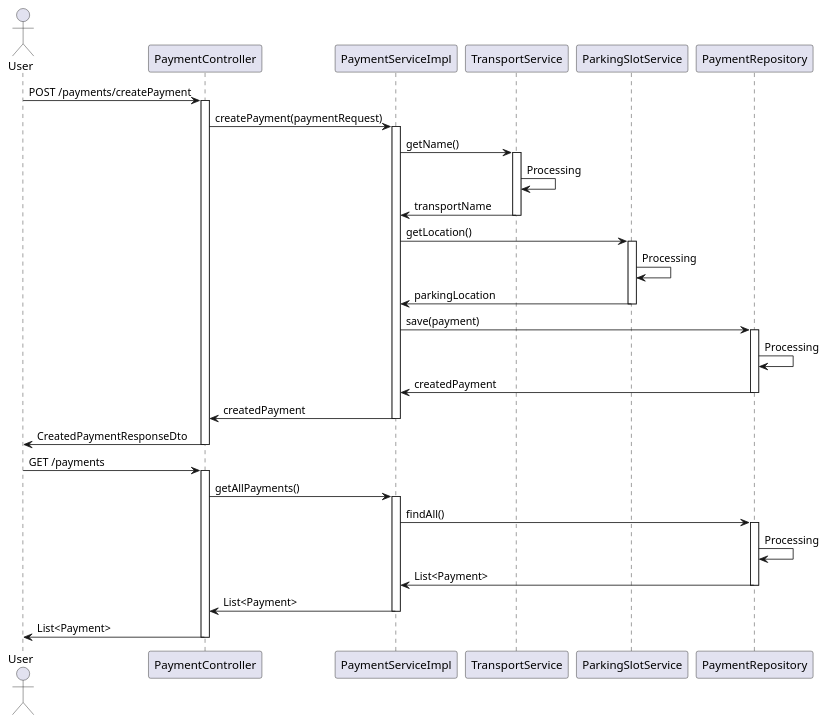
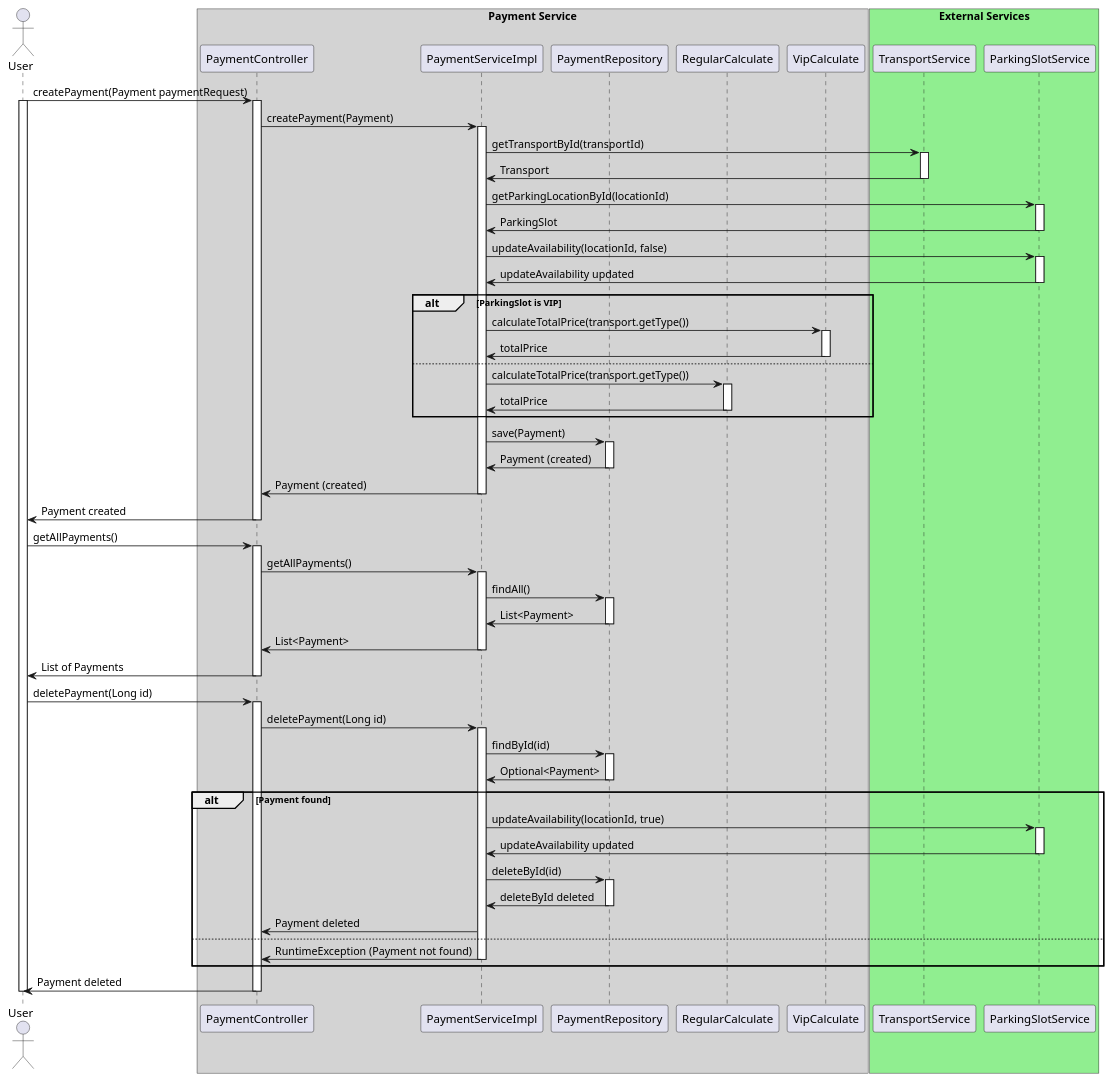
The diagram in payment-service/payment-uml/paymentservice-uml.puml (Bray-A/ParkingSlotPayment-ManagementService), drawn with PlantUML before and after one commit. The commit also changed 21 other files, not shown here.

```diff
--- a/payment-service/payment-uml/paymentservice-uml.puml
+++ b/payment-service/payment-uml/paymentservice-uml.puml
@@ -1,52 +1,110 @@
 @startuml
-actor User as U
+actor User
 
-U -> PaymentController : POST /payments/createPayment
-activate PaymentController
+box "Payment Service" #D3D3D3
+    participant "PaymentController" as Controller
+    participant "PaymentServiceImpl" as PaymentService
+    participant "PaymentRepository" as PaymentRepository
+    participant "RegularCalculate" as RegularCalculate
+    participant "VipCalculate" as VipCalculate
+end box
 
-PaymentController -> PaymentServiceImpl : createPayment(paymentRequest)
-activate PaymentServiceImpl
+box "External Services" #90EE90
+    participant "TransportService" as TransportService
+    participant "ParkingSlotService" as ParkingSlotService
+end box
 
-PaymentServiceImpl -> TransportService : getName()
+User -> Controller: createPayment(Payment paymentRequest)
+activate User
+activate Controller
+Controller -> PaymentService: createPayment(Payment)
+activate PaymentService
+
+PaymentService -> TransportService: getTransportById(transportId)
 activate TransportService
-TransportService -> TransportService : Processing
-TransportService -> PaymentServiceImpl : transportName
+TransportService -> PaymentService: Transport
 deactivate TransportService
 
-PaymentServiceImpl -> ParkingSlotService : getLocation()
+PaymentService -> ParkingSlotService: getParkingLocationById(locationId)
 activate ParkingSlotService
-ParkingSlotService -> ParkingSlotService : Processing
-ParkingSlotService -> PaymentServiceImpl : parkingLocation
+ParkingSlotService -> PaymentService: ParkingSlot
 deactivate ParkingSlotService
 
-PaymentServiceImpl -> PaymentRepository : save(payment)
+PaymentService -> ParkingSlotService: updateAvailability(locationId, false)
+activate ParkingSlotService
+ParkingSlotService -> PaymentService: updateAvailability updated
+
+deactivate ParkingSlotService
+
+alt ParkingSlot is VIP
+    PaymentService -> VipCalculate: calculateTotalPrice(transport.getType())
+    activate VipCalculate
+    VipCalculate -> PaymentService: totalPrice
+    deactivate VipCalculate
+else
+    PaymentService -> RegularCalculate: calculateTotalPrice(transport.getType())
+    activate RegularCalculate
+    RegularCalculate -> PaymentService: totalPrice
+    deactivate RegularCalculate
+end
+
+PaymentService -> PaymentRepository: save(Payment)
 activate PaymentRepository
-PaymentRepository -> PaymentRepository : Processing
-PaymentRepository -> PaymentServiceImpl : createdPayment
+PaymentRepository -> PaymentService: Payment (created)
 deactivate PaymentRepository
 
-PaymentServiceImpl -> PaymentController : createdPayment
-deactivate PaymentServiceImpl
+PaymentService -> Controller: Payment (created)
+deactivate PaymentService
 
-PaymentController -> U : CreatedPaymentResponseDto
-deactivate PaymentController
+Controller -> User: Payment created
+deactivate Controller
 
-U -> PaymentController : GET /payments
-activate PaymentController
 
-PaymentController -> PaymentServiceImpl : getAllPayments()
-activate PaymentServiceImpl
+User -> Controller: getAllPayments()
+activate Controller
+Controller -> PaymentService: getAllPayments()
+activate PaymentService
 
-PaymentServiceImpl -> PaymentRepository : findAll()
+PaymentService -> PaymentRepository: findAll()
 activate PaymentRepository
-PaymentRepository -> PaymentRepository : Processing
-PaymentRepository -> PaymentServiceImpl : List<Payment>
+PaymentRepository -> PaymentService: List<Payment>
 deactivate PaymentRepository
 
-PaymentServiceImpl -> PaymentController : List<Payment>
-deactivate PaymentServiceImpl
+PaymentService -> Controller: List<Payment>
+deactivate PaymentService
+Controller -> User: List of Payments
+deactivate Controller
 
-PaymentController -> U : List<Payment>
-deactivate PaymentController
+
+User -> Controller: deletePayment(Long id)
+activate Controller
+Controller -> PaymentService: deletePayment(Long id)
+activate PaymentService
+
+PaymentService -> PaymentRepository: findById(id)
+activate PaymentRepository
+PaymentRepository -> PaymentService: Optional<Payment>
+deactivate PaymentRepository
+
+alt Payment found
+    PaymentService -> ParkingSlotService: updateAvailability(locationId, true)
+    activate ParkingSlotService
+    ParkingSlotService -> PaymentService: updateAvailability updated
+    deactivate ParkingSlotService
+
+    PaymentService -> PaymentRepository: deleteById(id)
+    activate PaymentRepository
+    PaymentRepository -> PaymentService: deleteById deleted
+    deactivate PaymentRepository
+
+    PaymentService -> Controller: Payment deleted
+else
+    PaymentService -> Controller: RuntimeException (Payment not found)
+deactivate PaymentService
+end
+
+Controller -> User: Payment deleted
+deactivate User
+deactivate Controller
 
 @enduml
```
